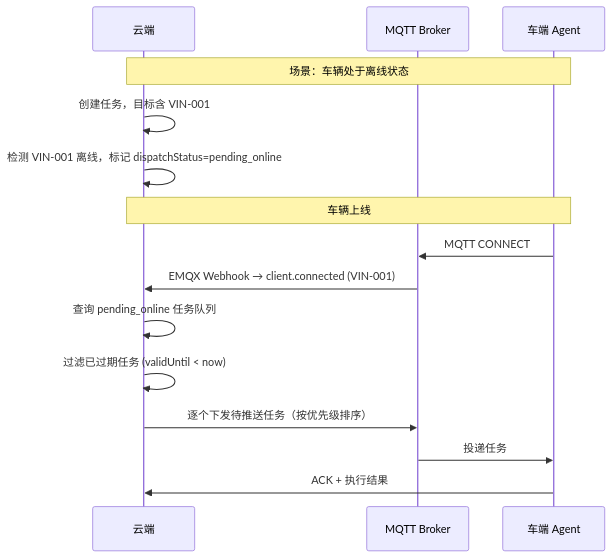
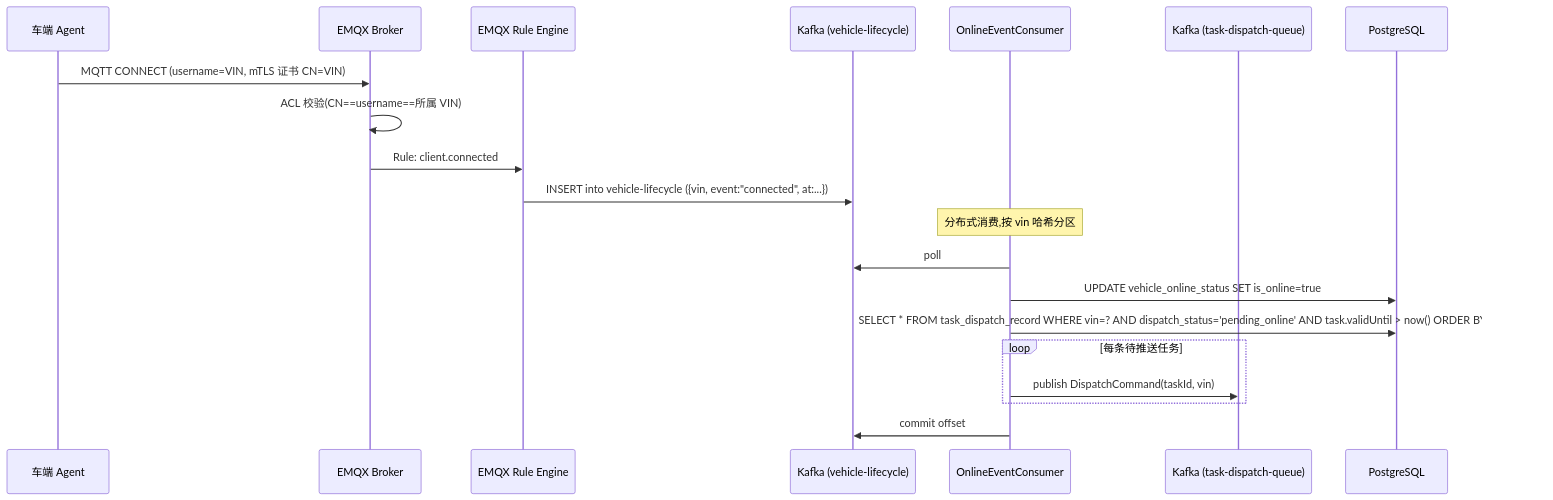
Before and after one commit to YuMinami/OpenDOTA: the sixth of 9 diagrams in doc/opendota_tech_architecture.md, drawn with Mermaid. The commit also changed other lines of this file and 4 other files, not shown here.

````diff
--- a/doc/opendota_tech_architecture.md
+++ b/doc/opendota_tech_architecture.md
@@ -423,19 +508,24 @@
 ```mermaid
 sequenceDiagram
-    participant CLOUD as 云端
-    participant BROKER as MQTT Broker
     participant VEHICLE as 车端 Agent
+    participant EMQX as EMQX Broker
+    participant RULE as EMQX Rule Engine
+    participant KAFKA as Kafka (vehicle-lifecycle)
+    participant CONSUMER as OnlineEventConsumer
+    participant DISP_KAFKA as Kafka (task-dispatch-queue)
+    participant PG as PostgreSQL
 
-    Note over CLOUD,VEHICLE: 场景：车辆处于离线状态
-    CLOUD->>CLOUD: 创建任务，目标含 VIN-001
-    CLOUD->>CLOUD: 检测 VIN-001 离线，标记 dispatchStatus=pending_online
+    VEHICLE->>EMQX: MQTT CONNECT (username=VIN, mTLS 证书 CN=VIN)
+    EMQX->>EMQX: ACL 校验(CN==username==所属 VIN)
+    EMQX->>RULE: Rule: client.connected
+    RULE->>KAFKA: INSERT into vehicle-lifecycle ({vin, event:"connected", at:...})
 
-    Note over CLOUD,VEHICLE: 车辆上线
-    VEHICLE->>BROKER: MQTT CONNECT
-    BROKER->>CLOUD: EMQX Webhook → client.connected (VIN-001)
-    CLOUD->>CLOUD: 查询 pending_online 任务队列
-    CLOUD->>CLOUD: 过滤已过期任务 (validUntil < now)
-    CLOUD->>BROKER: 逐个下发待推送任务（按优先级排序）
-    BROKER->>VEHICLE: 投递任务
-    VEHICLE->>CLOUD: ACK + 执行结果
+    Note over CONSUMER: 分布式消费,按 vin 哈希分区
+    CONSUMER->>KAFKA: poll
+    CONSUMER->>PG: UPDATE vehicle_online_status SET is_online=true
+    CONSUMER->>PG: SELECT * FROM task_dispatch_record WHERE vin=? AND dispatch_status='pending_online' AND task.validUntil > now() ORDER BY priority ASC
+    loop 每条待推送任务
+        CONSUMER->>DISP_KAFKA: publish DispatchCommand(taskId, vin)
+    end
+    CONSUMER->>KAFKA: commit offset
 ```
````
